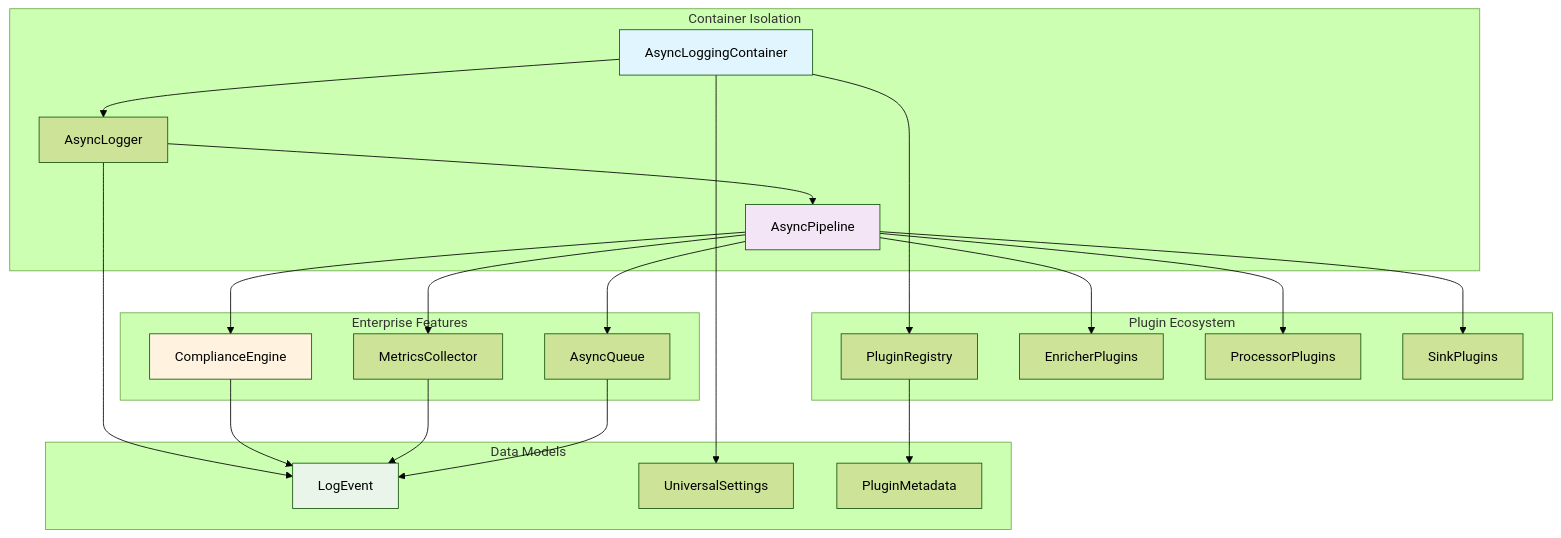
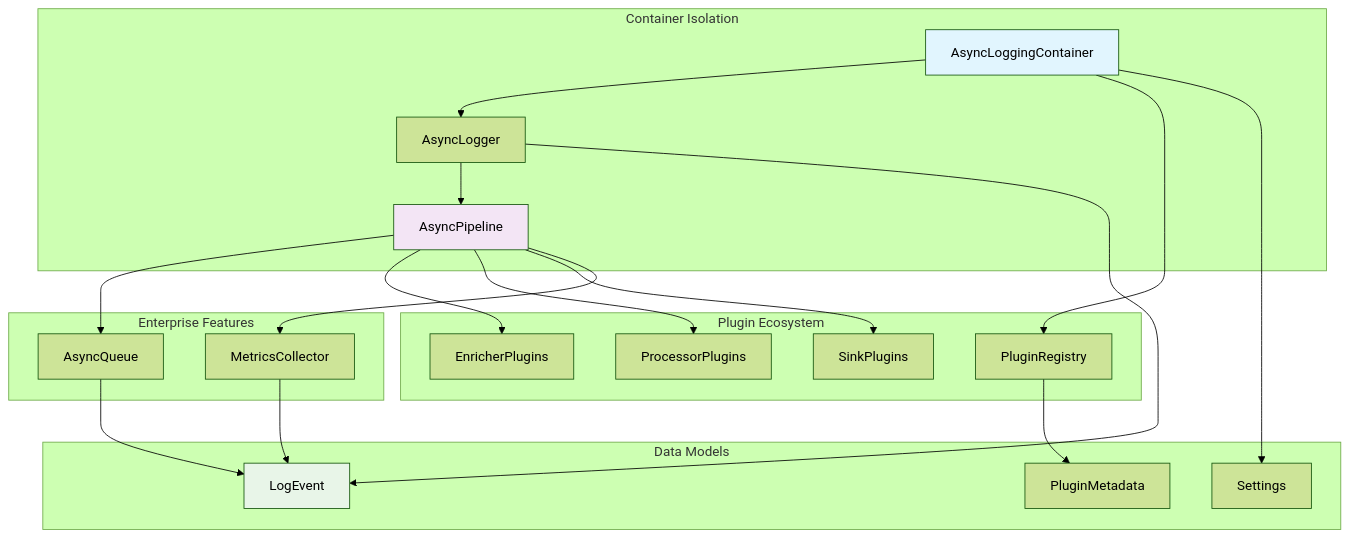
Before and after one commit to chris-haste/fapilog: the diagram in docs/architecture/components.md, drawn with Mermaid (forest theme). The commit also changed other lines of this file and 7 other files, not shown here.

First line of the commit message:
docs(architecture): remove stale component references

````diff
--- a/docs/architecture/components.md
+++ b/docs/architecture/components.md
@@ -122,52 +108,48 @@
 ```mermaid
 graph TB
     subgraph "Container Isolation"
         CONTAINER["AsyncLoggingContainer"]
         LOGGER["AsyncLogger"]
         PIPELINE["AsyncPipeline"]
     end
 
     subgraph "Plugin Ecosystem"
         REGISTRY["PluginRegistry"]
         ENRICHER["EnricherPlugins"]
         PROCESSOR["ProcessorPlugins"]
         SINK["SinkPlugins"]
     end
 
     subgraph "Enterprise Features"
-        COMPLIANCE["ComplianceEngine"]
         METRICS["MetricsCollector"]
         QUEUE["AsyncQueue"]
     end
 
     subgraph "Data Models"
         EVENT["LogEvent"]
-        SETTINGS["UniversalSettings"]
+        SETTINGS["Settings"]
         METADATA["PluginMetadata"]
     end
 
     CONTAINER --> LOGGER
     CONTAINER --> REGISTRY
     LOGGER --> PIPELINE
     PIPELINE --> QUEUE
     PIPELINE --> ENRICHER
     PIPELINE --> PROCESSOR
     PIPELINE --> SINK
 
     REGISTRY --> METADATA
 
-    PIPELINE --> COMPLIANCE
     PIPELINE --> METRICS
 
     LOGGER --> EVENT
     CONTAINER --> SETTINGS
 
-    COMPLIANCE --> EVENT
     METRICS --> EVENT
     QUEUE --> EVENT
 
     style CONTAINER fill:#e1f5fe
     style PIPELINE fill:#f3e5f5
-    style COMPLIANCE fill:#fff3e0
     style EVENT fill:#e8f5e8
 ```
````
